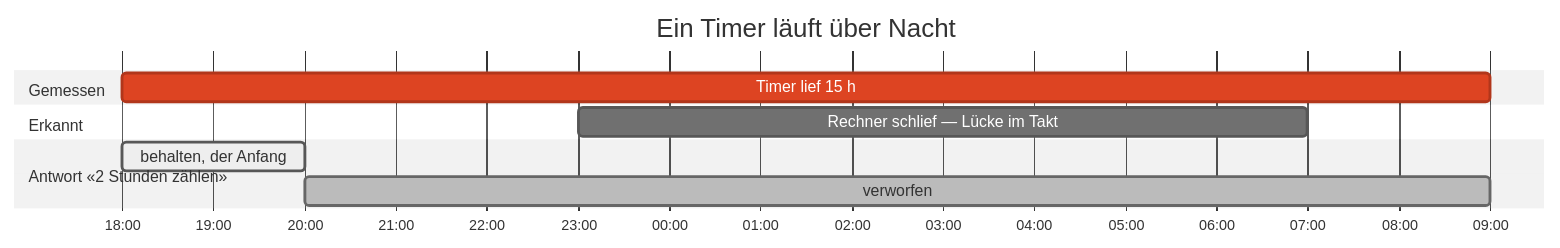
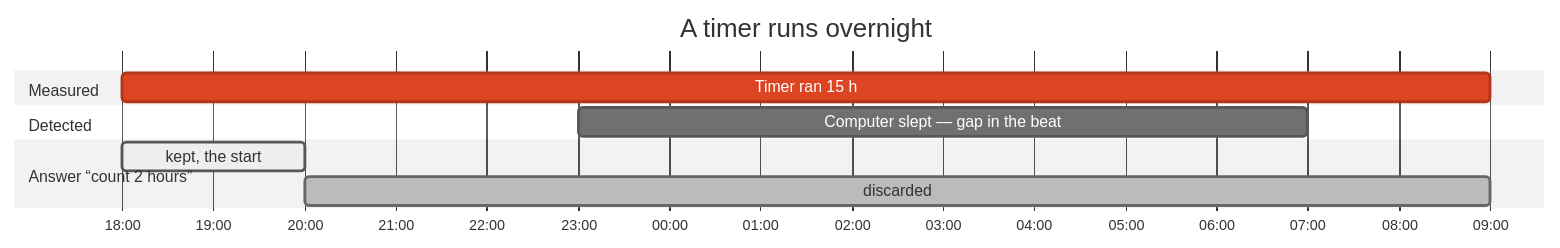
Before and after one commit to profitlich-ch/prosonata-vscode-tools: the fourth of 4 diagrams in README.md, drawn with Mermaid (neutral theme). The commit also changed other lines of this file and 41 other files, not shown here.

````diff
--- a/README.md
+++ b/README.md
@@ -209,13 +213,13 @@
 ```mermaid
 gantt
-    title Ein Timer läuft über Nacht
+    title A timer runs overnight
     dateFormat YYYY-MM-DD HH:mm
     axisFormat %H:%M
-    section Gemessen
-    Timer lief 15 h                        :crit, 2026-08-17 18:00, 2026-08-18 09:00
-    section Erkannt
-    Rechner schlief — Lücke im Takt        :2026-08-17 23:00, 2026-08-18 07:00
-    section Antwort «2 Stunden zählen»
-    behalten, der Anfang                   :active, 2026-08-17 18:00, 2026-08-17 20:00
-    verworfen                              :done, 2026-08-17 20:00, 2026-08-18 09:00
+    section Measured
+    Timer ran 15 h                         :crit, 2026-08-17 18:00, 2026-08-18 09:00
+    section Detected
+    Computer slept — gap in the beat       :2026-08-17 23:00, 2026-08-18 07:00
+    section Answer “count 2 hours”
+    kept, the start                        :active, 2026-08-17 18:00, 2026-08-17 20:00
+    discarded                              :done, 2026-08-17 20:00, 2026-08-18 09:00
 ```
````
